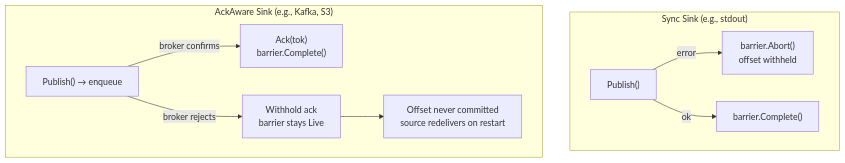
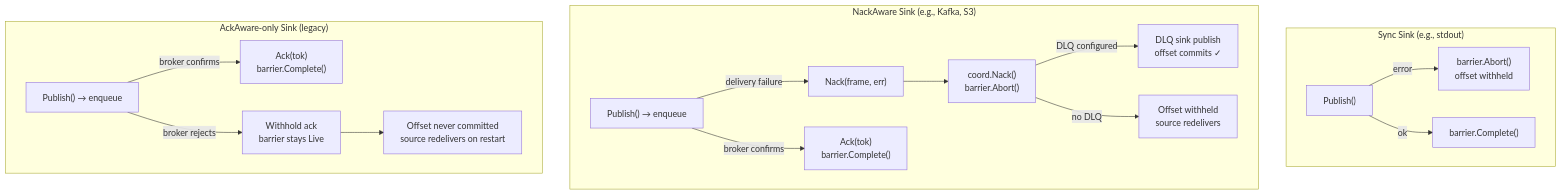
Before and after one commit to mohsanabbas/quanta: the fifth of 5 diagrams in docs/specs/error-handling.md, drawn with Mermaid. The commit also changed other lines of this file and 8 other files, not shown here.

First line of the commit message:
feat: S3 NackAware + error_sink config tests + stale docs update

````diff
--- a/docs/specs/error-handling.md
+++ b/docs/specs/error-handling.md
@@ -180,13 +240,21 @@
 ```mermaid
 flowchart TD
   subgraph "Sync Sink (e.g., stdout)"
     syncPub["Publish()"] -->|error| syncAbort["barrier.Abort()<br/>offset withheld"]
     syncPub -->|ok| syncComplete["barrier.Complete()"]
   end
 
-  subgraph "AckAware Sink (e.g., Kafka, S3)"
+  subgraph "NackAware Sink (e.g., Kafka, S3)"
+    nackPub["Publish() → enqueue"] -->|"delivery failure"| nack["Nack(frame, err)"]
+    nackPub -->|"broker confirms"| nackAck["Ack(tok)<br/>barrier.Complete()"]
+    nack --> coordNack["coord.Nack()<br/>barrier.Abort()"]
+    coordNack -->|"DLQ configured"| dlq["DLQ sink publish<br/>offset commits ✓"]
+    coordNack -->|"no DLQ"| nackWithhold["Offset withheld<br/>source redelivers"]
+  end
+
+  subgraph "AckAware-only Sink (legacy)"
     asyncPub["Publish() → enqueue"] -->|"broker confirms"| ack["Ack(tok)<br/>barrier.Complete()"]
     asyncPub -->|"broker rejects"| withhold["Withhold ack<br/>barrier stays Live"]
     withhold --> noCommit["Offset never committed<br/>source redelivers on restart"]
   end
 ```
````
